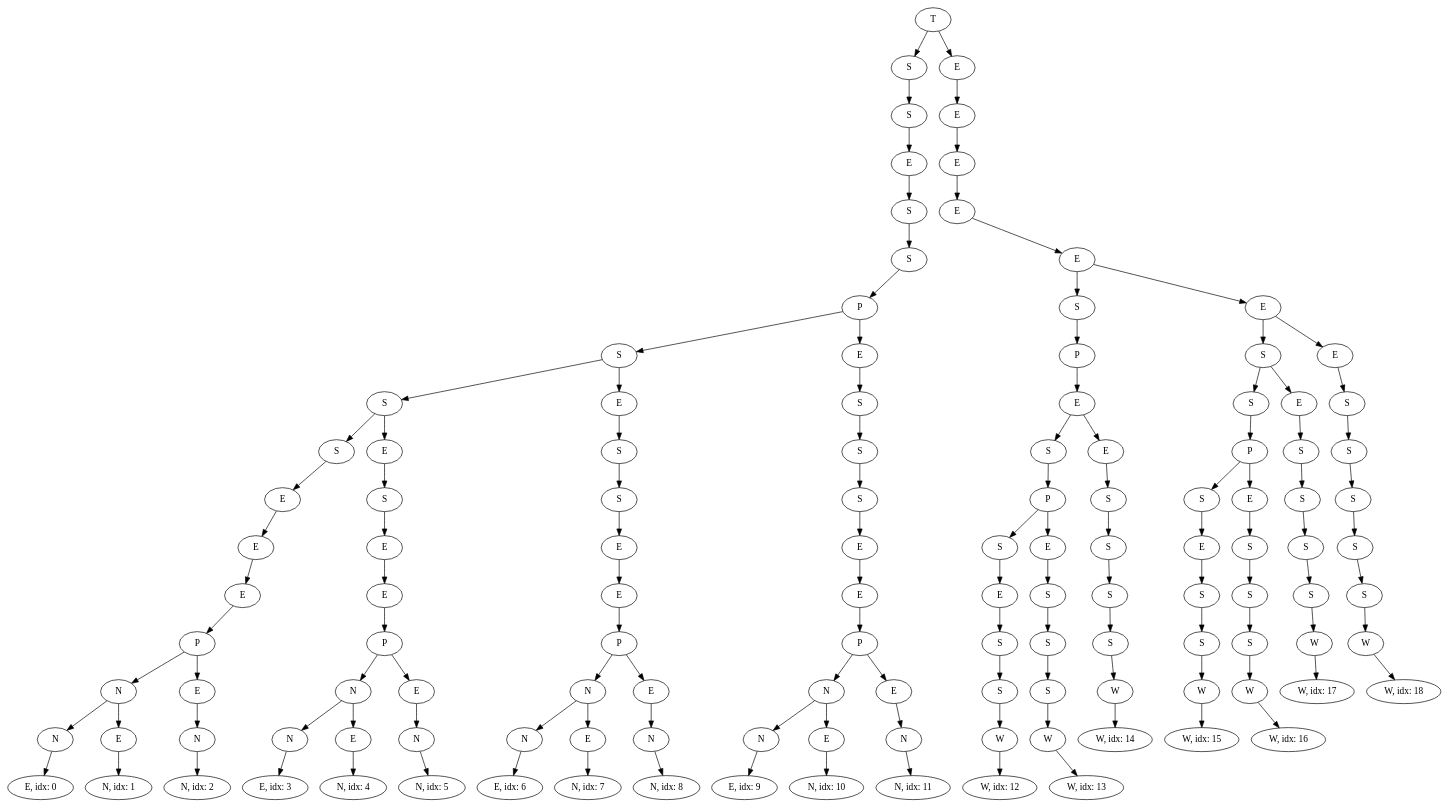
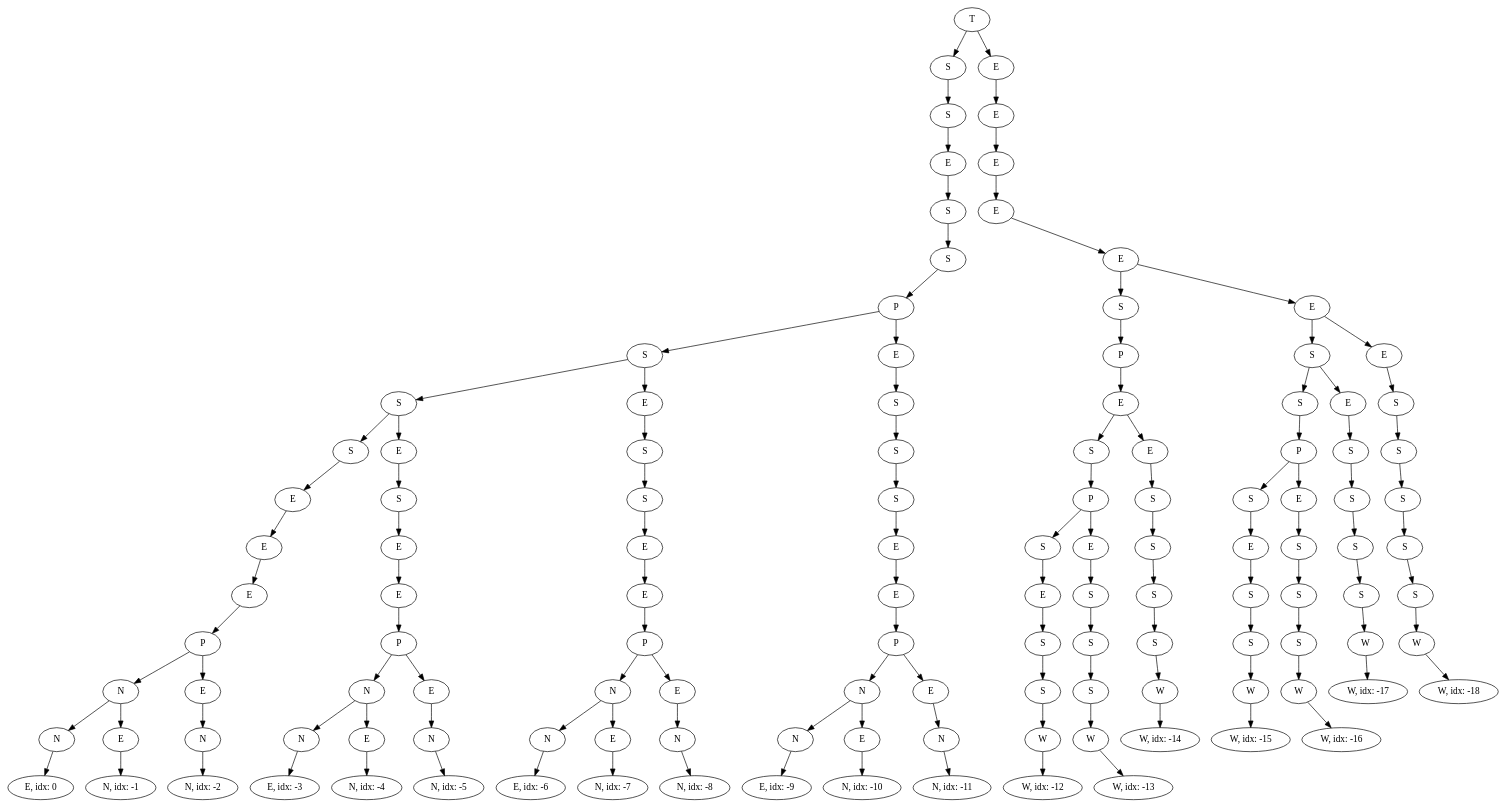
Before and after one commit to pepi1707/TomAndJerry: the diagram in bigGraph.dot, drawn with Graphviz. The commit also changed 9 other files, not shown here.

```diff
--- a/bigGraph.dot
+++ b/bigGraph.dot
@@ -1,249 +1,249 @@
 digraph {
-	94404118459808[label="T"];
-	94404118459808 -> 94404118459872;
-	94404118459872[label="S"];
-	94404118459872 -> 94404118459936;
-	94404118459936[label="S"];
-	94404118459936 -> 94404118460032;
-	94404118460032[label="E"];
-	94404118460032 -> 94404118460128;
-	94404118460128[label="S"];
-	94404118460128 -> 94404118460224;
-	94404118460224[label="S"];
-	94404118460224 -> 94404118460320;
-	94404118460320[label="P"];
-	94404118460320 -> 94404118460416;
-	94404118460416[label="S"];
-	94404118460416 -> 94404118460512;
-	94404118460512[label="S"];
-	94404118460512 -> 94404118460608;
-	94404118460608[label="S"];
-	94404118460608 -> 94404118460704;
-	94404118460704[label="E"];
-	94404118460704 -> 94404118460800;
-	94404118460800[label="E"];
-	94404118460800 -> 94404118460896;
-	94404118460896[label="E"];
-	94404118460896 -> 94404118460992;
-	94404118460992[label="P"];
-	94404118460992 -> 94404118461088;
-	94404118461088[label="N"];
-	94404118461088 -> 94404118461184;
-	94404118461184[label="N"];
-	94404118461184 -> 94404118461280;
-	94404118461280[label="E, idx: 0"];
-	94404118461088 -> 94404118461376;
-	94404118461376[label="E"];
-	94404118461376 -> 94404118461472;
-	94404118461472[label="N, idx: 1"];
-	94404118460992 -> 94404118461536;
-	94404118461536[label="E"];
-	94404118461536 -> 94404118461632;
-	94404118461632[label="N"];
-	94404118461632 -> 94404118461696;
-	94404118461696[label="N, idx: 2"];
-	94404118460512 -> 94404118461792;
-	94404118461792[label="E"];
-	94404118461792 -> 94404118461888;
-	94404118461888[label="S"];
-	94404118461888 -> 94404118461952;
-	94404118461952[label="E"];
-	94404118461952 -> 94404118462048;
-	94404118462048[label="E"];
-	94404118462048 -> 94404118462144;
-	94404118462144[label="P"];
-	94404118462144 -> 94404118462240;
-	94404118462240[label="N"];
-	94404118462240 -> 94404118462336;
-	94404118462336[label="N"];
-	94404118462336 -> 94404118462432;
-	94404118462432[label="E, idx: 3"];
-	94404118462240 -> 94404118462528;
-	94404118462528[label="E"];
-	94404118462528 -> 94404118462624;
-	94404118462624[label="N, idx: 4"];
-	94404118462144 -> 94404118462688;
-	94404118462688[label="E"];
-	94404118462688 -> 94404118462784;
-	94404118462784[label="N"];
-	94404118462784 -> 94404118462848;
-	94404118462848[label="N, idx: 5"];
-	94404118460416 -> 94404118462944;
-	94404118462944[label="E"];
-	94404118462944 -> 94404118463040;
-	94404118463040[label="S"];
-	94404118463040 -> 94404118463104;
-	94404118463104[label="S"];
-	94404118463104 -> 94404118463200;
-	94404118463200[label="E"];
-	94404118463200 -> 94404118463296;
-	94404118463296[label="E"];
-	94404118463296 -> 94404118463392;
-	94404118463392[label="P"];
-	94404118463392 -> 94404118463488;
-	94404118463488[label="N"];
-	94404118463488 -> 94404118463584;
-	94404118463584[label="N"];
-	94404118463584 -> 94404118463680;
-	94404118463680[label="E, idx: 6"];
-	94404118463488 -> 94404118463776;
-	94404118463776[label="E"];
-	94404118463776 -> 94404118463872;
-	94404118463872[label="N, idx: 7"];
-	94404118463392 -> 94404118463936;
-	94404118463936[label="E"];
-	94404118463936 -> 94404118464032;
-	94404118464032[label="N"];
-	94404118464032 -> 94404118464096;
-	94404118464096[label="N, idx: 8"];
-	94404118460320 -> 94404118464192;
-	94404118464192[label="E"];
-	94404118464192 -> 94404118464288;
-	94404118464288[label="S"];
-	94404118464288 -> 94404118464352;
-	94404118464352[label="S"];
-	94404118464352 -> 94404118464448;
-	94404118464448[label="S"];
-	94404118464448 -> 94404118464544;
-	94404118464544[label="E"];
-	94404118464544 -> 94404118464640;
-	94404118464640[label="E"];
-	94404118464640 -> 94404118464736;
-	94404118464736[label="P"];
-	94404118464736 -> 94404118464832;
-	94404118464832[label="N"];
-	94404118464832 -> 94404118464928;
-	94404118464928[label="N"];
-	94404118464928 -> 94404118465024;
-	94404118465024[label="E, idx: 9"];
-	94404118464832 -> 94404118465120;
-	94404118465120[label="E"];
-	94404118465120 -> 94404118465216;
-	94404118465216[label="N, idx: 10"];
-	94404118464736 -> 94404118465280;
-	94404118465280[label="E"];
-	94404118465280 -> 94404118465376;
-	94404118465376[label="N"];
-	94404118465376 -> 94404118465440;
-	94404118465440[label="N, idx: 11"];
-	94404118459808 -> 94404118465536;
-	94404118465536[label="E"];
-	94404118465536 -> 94404118465632;
-	94404118465632[label="E"];
-	94404118465632 -> 94404118465696;
-	94404118465696[label="E"];
-	94404118465696 -> 94404118465792;
-	94404118465792[label="E"];
-	94404118465792 -> 94404118465888;
-	94404118465888[label="E"];
-	94404118465888 -> 94404118465984;
-	94404118465984[label="S"];
-	94404118465984 -> 94404118466080;
-	94404118466080[label="P"];
-	94404118466080 -> 94404118466176;
-	94404118466176[label="E"];
-	94404118466176 -> 94404118466272;
-	94404118466272[label="S"];
-	94404118466272 -> 94404118466368;
-	94404118466368[label="P"];
-	94404118466368 -> 94404118466464;
-	94404118466464[label="S"];
-	94404118466464 -> 94404118466560;
-	94404118466560[label="E"];
-	94404118466560 -> 94404118466656;
-	94404118466656[label="S"];
-	94404118466656 -> 94404118466752;
-	94404118466752[label="S"];
-	94404118466752 -> 94404118466848;
-	94404118466848[label="W"];
-	94404118466848 -> 94404118466944;
-	94404118466944[label="W, idx: 12"];
-	94404118466368 -> 94404118467040;
-	94404118467040[label="E"];
-	94404118467040 -> 94404118467136;
-	94404118467136[label="S"];
-	94404118467136 -> 94404118467200;
-	94404118467200[label="S"];
-	94404118467200 -> 94404118467296;
-	94404118467296[label="S"];
-	94404118467296 -> 94404118467392;
-	94404118467392[label="W"];
-	94404118467392 -> 94404118467488;
-	94404118467488[label="W, idx: 13"];
-	94404118466176 -> 94404118467584;
-	94404118467584[label="E"];
-	94404118467584 -> 94404118467680;
-	94404118467680[label="S"];
-	94404118467680 -> 94404118467744;
-	94404118467744[label="S"];
-	94404118467744 -> 94404118467840;
-	94404118467840[label="S"];
-	94404118467840 -> 94404118467936;
-	94404118467936[label="S"];
-	94404118467936 -> 94404118468032;
-	94404118468032[label="W"];
-	94404118468032 -> 94404118468128;
-	94404118468128[label="W, idx: 14"];
-	94404118465888 -> 94404118468224;
-	94404118468224[label="E"];
-	94404118468224 -> 94404118468320;
-	94404118468320[label="S"];
-	94404118468320 -> 94404118468384;
-	94404118468384[label="S"];
-	94404118468384 -> 94404118468480;
-	94404118468480[label="P"];
-	94404118468480 -> 94404118468576;
-	94404118468576[label="S"];
-	94404118468576 -> 94404118468672;
-	94404118468672[label="E"];
-	94404118468672 -> 94404118468768;
-	94404118468768[label="S"];
-	94404118468768 -> 94404118468864;
-	94404118468864[label="S"];
-	94404118468864 -> 94404118468960;
-	94404118468960[label="W"];
-	94404118468960 -> 94404118469056;
-	94404118469056[label="W, idx: 15"];
-	94404118468480 -> 94404118469152;
-	94404118469152[label="E"];
-	94404118469152 -> 94404118469248;
-	94404118469248[label="S"];
-	94404118469248 -> 94404118469312;
-	94404118469312[label="S"];
-	94404118469312 -> 94404118469408;
-	94404118469408[label="S"];
-	94404118469408 -> 94404118469504;
-	94404118469504[label="W"];
-	94404118469504 -> 94404118469600;
-	94404118469600[label="W, idx: 16"];
-	94404118468320 -> 94404118469696;
-	94404118469696[label="E"];
-	94404118469696 -> 94404118469792;
-	94404118469792[label="S"];
-	94404118469792 -> 94404118469856;
-	94404118469856[label="S"];
-	94404118469856 -> 94404118469952;
-	94404118469952[label="S"];
-	94404118469952 -> 94404118470048;
-	94404118470048[label="S"];
-	94404118470048 -> 94404118470144;
-	94404118470144[label="W"];
-	94404118470144 -> 94404118470240;
-	94404118470240[label="W, idx: 17"];
-	94404118468224 -> 94404118470336;
-	94404118470336[label="E"];
-	94404118470336 -> 94404118470432;
-	94404118470432[label="S"];
-	94404118470432 -> 94404118470496;
-	94404118470496[label="S"];
-	94404118470496 -> 94404118470592;
-	94404118470592[label="S"];
-	94404118470592 -> 94404118470688;
-	94404118470688[label="S"];
-	94404118470688 -> 94404118470784;
-	94404118470784[label="S"];
-	94404118470784 -> 94404118470880;
-	94404118470880[label="W"];
-	94404118470880 -> 94404118470976;
-	94404118470976[label="W, idx: 18"];
+	94203182237088[label="T"];
+	94203182237088 -> 94203182237152;
+	94203182237152[label="S"];
+	94203182237152 -> 94203182237216;
+	94203182237216[label="S"];
+	94203182237216 -> 94203182237312;
+	94203182237312[label="E"];
+	94203182237312 -> 94203182237408;
+	94203182237408[label="S"];
+	94203182237408 -> 94203182237504;
+	94203182237504[label="S"];
+	94203182237504 -> 94203182237600;
+	94203182237600[label="P"];
+	94203182237600 -> 94203182237696;
+	94203182237696[label="S"];
+	94203182237696 -> 94203182237792;
+	94203182237792[label="S"];
+	94203182237792 -> 94203182237888;
+	94203182237888[label="S"];
+	94203182237888 -> 94203182237984;
+	94203182237984[label="E"];
+	94203182237984 -> 94203182238080;
+	94203182238080[label="E"];
+	94203182238080 -> 94203182238176;
+	94203182238176[label="E"];
+	94203182238176 -> 94203182238272;
+	94203182238272[label="P"];
+	94203182238272 -> 94203182238368;
+	94203182238368[label="N"];
+	94203182238368 -> 94203182238464;
+	94203182238464[label="N"];
+	94203182238464 -> 94203182238560;
+	94203182238560[label="E, idx: 0"];
+	94203182238368 -> 94203182238656;
+	94203182238656[label="E"];
+	94203182238656 -> 94203182238752;
+	94203182238752[label="N, idx: -1"];
+	94203182238272 -> 94203182238816;
+	94203182238816[label="E"];
+	94203182238816 -> 94203182238912;
+	94203182238912[label="N"];
+	94203182238912 -> 94203182238976;
+	94203182238976[label="N, idx: -2"];
+	94203182237792 -> 94203182239072;
+	94203182239072[label="E"];
+	94203182239072 -> 94203182239168;
+	94203182239168[label="S"];
+	94203182239168 -> 94203182239232;
+	94203182239232[label="E"];
+	94203182239232 -> 94203182239328;
+	94203182239328[label="E"];
+	94203182239328 -> 94203182239424;
+	94203182239424[label="P"];
+	94203182239424 -> 94203182239520;
+	94203182239520[label="N"];
+	94203182239520 -> 94203182239616;
+	94203182239616[label="N"];
+	94203182239616 -> 94203182239712;
+	94203182239712[label="E, idx: -3"];
+	94203182239520 -> 94203182239808;
+	94203182239808[label="E"];
+	94203182239808 -> 94203182239904;
+	94203182239904[label="N, idx: -4"];
+	94203182239424 -> 94203182239968;
+	94203182239968[label="E"];
+	94203182239968 -> 94203182240064;
+	94203182240064[label="N"];
+	94203182240064 -> 94203182240128;
+	94203182240128[label="N, idx: -5"];
+	94203182237696 -> 94203182240224;
+	94203182240224[label="E"];
+	94203182240224 -> 94203182240320;
+	94203182240320[label="S"];
+	94203182240320 -> 94203182240384;
+	94203182240384[label="S"];
+	94203182240384 -> 94203182240480;
+	94203182240480[label="E"];
+	94203182240480 -> 94203182240576;
+	94203182240576[label="E"];
+	94203182240576 -> 94203182240672;
+	94203182240672[label="P"];
+	94203182240672 -> 94203182240768;
+	94203182240768[label="N"];
+	94203182240768 -> 94203182240864;
+	94203182240864[label="N"];
+	94203182240864 -> 94203182240960;
+	94203182240960[label="E, idx: -6"];
+	94203182240768 -> 94203182241056;
+	94203182241056[label="E"];
+	94203182241056 -> 94203182241152;
+	94203182241152[label="N, idx: -7"];
+	94203182240672 -> 94203182241216;
+	94203182241216[label="E"];
+	94203182241216 -> 94203182241312;
+	94203182241312[label="N"];
+	94203182241312 -> 94203182241376;
+	94203182241376[label="N, idx: -8"];
+	94203182237600 -> 94203182241472;
+	94203182241472[label="E"];
+	94203182241472 -> 94203182241568;
+	94203182241568[label="S"];
+	94203182241568 -> 94203182241632;
+	94203182241632[label="S"];
+	94203182241632 -> 94203182241728;
+	94203182241728[label="S"];
+	94203182241728 -> 94203182241824;
+	94203182241824[label="E"];
+	94203182241824 -> 94203182241920;
+	94203182241920[label="E"];
+	94203182241920 -> 94203182242016;
+	94203182242016[label="P"];
+	94203182242016 -> 94203182242112;
+	94203182242112[label="N"];
+	94203182242112 -> 94203182242208;
+	94203182242208[label="N"];
+	94203182242208 -> 94203182242304;
+	94203182242304[label="E, idx: -9"];
+	94203182242112 -> 94203182242400;
+	94203182242400[label="E"];
+	94203182242400 -> 94203182242496;
+	94203182242496[label="N, idx: -10"];
+	94203182242016 -> 94203182242560;
+	94203182242560[label="E"];
+	94203182242560 -> 94203182242656;
+	94203182242656[label="N"];
+	94203182242656 -> 94203182242720;
+	94203182242720[label="N, idx: -11"];
+	94203182237088 -> 94203182242816;
+	94203182242816[label="E"];
+	94203182242816 -> 94203182242912;
+	94203182242912[label="E"];
+	94203182242912 -> 94203182242976;
+	94203182242976[label="E"];
+	94203182242976 -> 94203182243072;
+	94203182243072[label="E"];
+	94203182243072 -> 94203182243168;
+	94203182243168[label="E"];
+	94203182243168 -> 94203182243264;
+	94203182243264[label="S"];
+	94203182243264 -> 94203182243360;
+	94203182243360[label="P"];
+	94203182243360 -> 94203182243456;
+	94203182243456[label="E"];
+	94203182243456 -> 94203182243552;
+	94203182243552[label="S"];
+	94203182243552 -> 94203182243648;
+	94203182243648[label="P"];
+	94203182243648 -> 94203182243744;
+	94203182243744[label="S"];
+	94203182243744 -> 94203182243840;
+	94203182243840[label="E"];
+	94203182243840 -> 94203182243936;
+	94203182243936[label="S"];
+	94203182243936 -> 94203182244032;
+	94203182244032[label="S"];
+	94203182244032 -> 94203182244128;
+	94203182244128[label="W"];
+	94203182244128 -> 94203182244224;
+	94203182244224[label="W, idx: -12"];
+	94203182243648 -> 94203182244320;
+	94203182244320[label="E"];
+	94203182244320 -> 94203182244416;
+	94203182244416[label="S"];
+	94203182244416 -> 94203182244480;
+	94203182244480[label="S"];
+	94203182244480 -> 94203182244576;
+	94203182244576[label="S"];
+	94203182244576 -> 94203182244672;
+	94203182244672[label="W"];
+	94203182244672 -> 94203182244768;
+	94203182244768[label="W, idx: -13"];
+	94203182243456 -> 94203182244864;
+	94203182244864[label="E"];
+	94203182244864 -> 94203182244960;
+	94203182244960[label="S"];
+	94203182244960 -> 94203182245024;
+	94203182245024[label="S"];
+	94203182245024 -> 94203182245120;
+	94203182245120[label="S"];
+	94203182245120 -> 94203182245216;
+	94203182245216[label="S"];
+	94203182245216 -> 94203182245312;
+	94203182245312[label="W"];
+	94203182245312 -> 94203182245408;
+	94203182245408[label="W, idx: -14"];
+	94203182243168 -> 94203182245504;
+	94203182245504[label="E"];
+	94203182245504 -> 94203182245600;
+	94203182245600[label="S"];
+	94203182245600 -> 94203182245664;
+	94203182245664[label="S"];
+	94203182245664 -> 94203182245760;
+	94203182245760[label="P"];
+	94203182245760 -> 94203182245856;
+	94203182245856[label="S"];
+	94203182245856 -> 94203182245952;
+	94203182245952[label="E"];
+	94203182245952 -> 94203182246048;
+	94203182246048[label="S"];
+	94203182246048 -> 94203182246144;
+	94203182246144[label="S"];
+	94203182246144 -> 94203182246240;
+	94203182246240[label="W"];
+	94203182246240 -> 94203182246336;
+	94203182246336[label="W, idx: -15"];
+	94203182245760 -> 94203182246432;
+	94203182246432[label="E"];
+	94203182246432 -> 94203182246528;
+	94203182246528[label="S"];
+	94203182246528 -> 94203182246592;
+	94203182246592[label="S"];
+	94203182246592 -> 94203182246688;
+	94203182246688[label="S"];
+	94203182246688 -> 94203182246784;
+	94203182246784[label="W"];
+	94203182246784 -> 94203182246880;
+	94203182246880[label="W, idx: -16"];
+	94203182245600 -> 94203182246976;
+	94203182246976[label="E"];
+	94203182246976 -> 94203182247072;
+	94203182247072[label="S"];
+	94203182247072 -> 94203182247136;
+	94203182247136[label="S"];
+	94203182247136 -> 94203182247232;
+	94203182247232[label="S"];
+	94203182247232 -> 94203182247328;
+	94203182247328[label="S"];
+	94203182247328 -> 94203182247424;
+	94203182247424[label="W"];
+	94203182247424 -> 94203182247520;
+	94203182247520[label="W, idx: -17"];
+	94203182245504 -> 94203182247616;
+	94203182247616[label="E"];
+	94203182247616 -> 94203182247712;
+	94203182247712[label="S"];
+	94203182247712 -> 94203182247776;
+	94203182247776[label="S"];
+	94203182247776 -> 94203182247872;
+	94203182247872[label="S"];
+	94203182247872 -> 94203182247968;
+	94203182247968[label="S"];
+	94203182247968 -> 94203182248064;
+	94203182248064[label="S"];
+	94203182248064 -> 94203182248160;
+	94203182248160[label="W"];
+	94203182248160 -> 94203182248256;
+	94203182248256[label="W, idx: -18"];
 }
```
